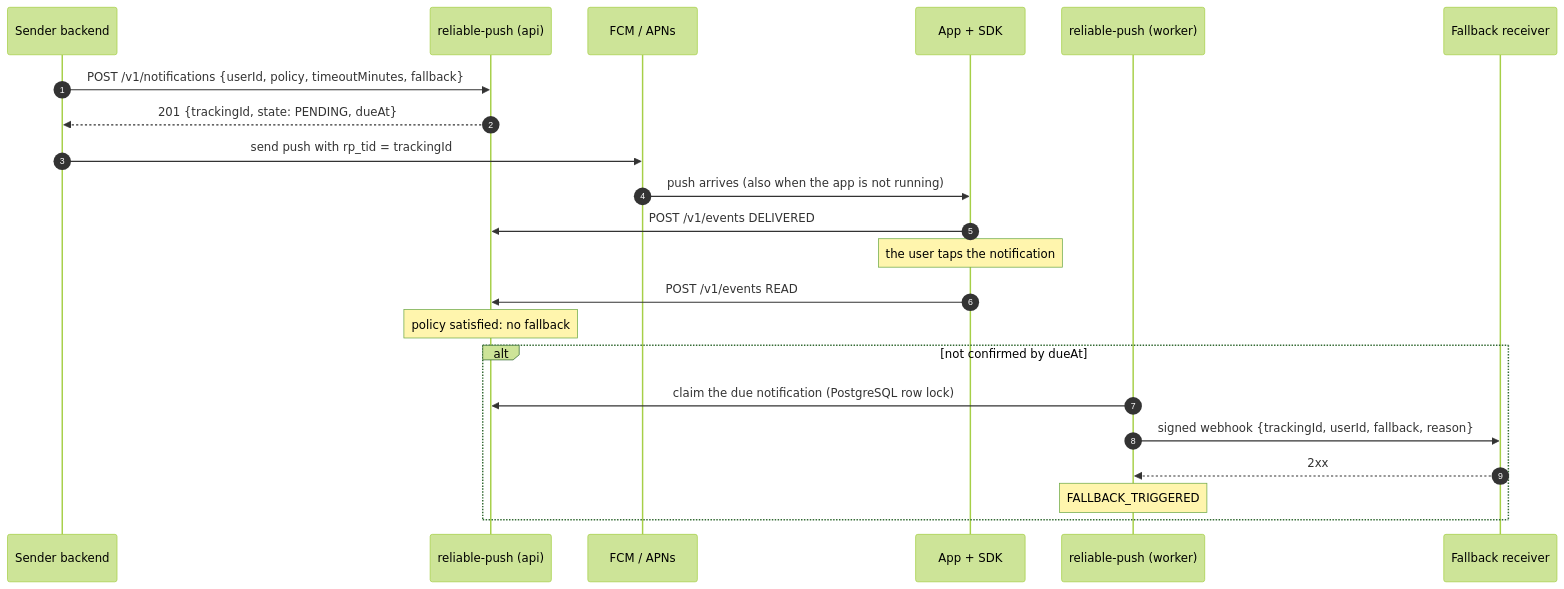
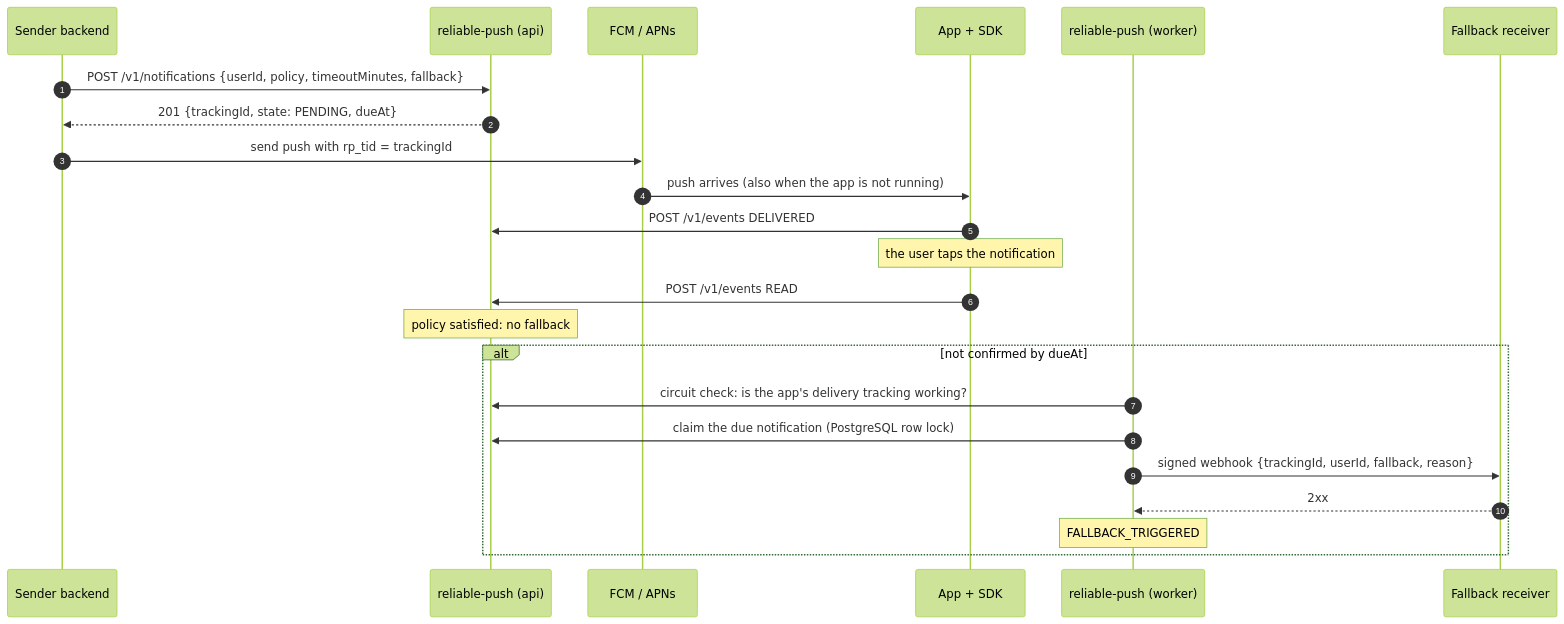
One commit to valentirob/reliable-push changed the third of 13 diagrams in docs/overview.md. Above: the diagram before and after it, drawn with Mermaid (forest theme). The commit also changed other lines of this file and 22 other files, not shown here.

````diff
--- a/docs/overview.md
+++ b/docs/overview.md
@@ -87,24 +90,25 @@
 ```mermaid
 sequenceDiagram
   autonumber
   participant SB as Sender backend
   participant RP as reliable-push (api)
   participant PP as FCM / APNs
   participant SDK as App + SDK
   participant W as reliable-push (worker)
   participant FR as Fallback receiver
   SB->>RP: POST /v1/notifications {userId, policy, timeoutMinutes, fallback}
   RP-->>SB: 201 {trackingId, state: PENDING, dueAt}
   SB->>PP: send push with rp_tid = trackingId
   PP->>SDK: push arrives (also when the app is not running)
   SDK->>RP: POST /v1/events DELIVERED
   Note over SDK: the user taps the notification
   SDK->>RP: POST /v1/events READ
   Note over RP: policy satisfied: no fallback
   alt not confirmed by dueAt
+    W->>RP: circuit check: is the app's delivery tracking working?
     W->>RP: claim the due notification (PostgreSQL row lock)
     W->>FR: signed webhook {trackingId, userId, fallback, reason}
     FR-->>W: 2xx
     Note over W: FALLBACK_TRIGGERED
   end
 ```
````
